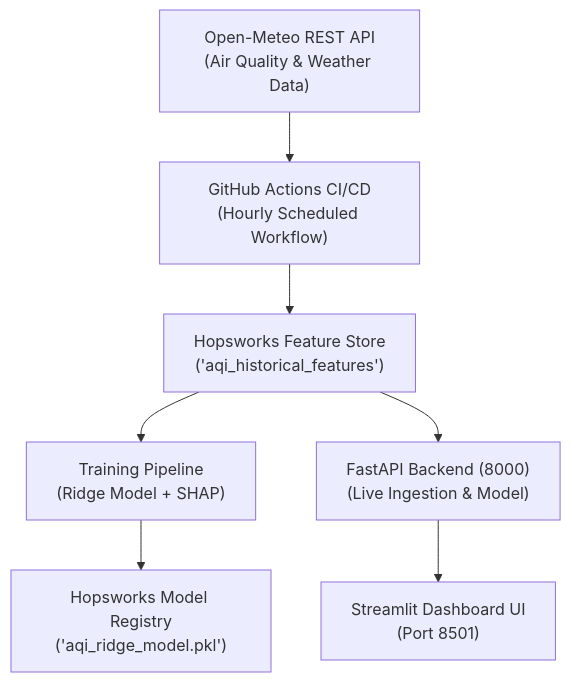
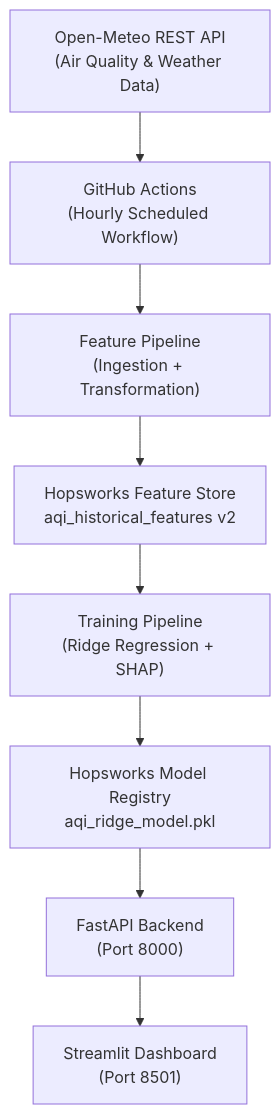
The diagram in README.md (HuzaifaRizwan-GH/Pearls_AQI_Predictor), drawn with Mermaid before and after one commit. The commit also changed other lines of this file, not shown here.

````diff
--- a/README.md
+++ b/README.md
@@ -34,11 +149,16 @@
 ```mermaid
 graph TD
-    API["Open-Meteo REST API<br/>(Air Quality & Weather Data)"] --> GHA["GitHub Actions CI/CD<br/>(Hourly Scheduled Workflow)"]
-    GHA --> FS["Hopsworks Feature Store<br/>('aqi_historical_features')"]
-    
-    FS --> TP["Training Pipeline<br/>(Ridge Model + SHAP)"]
-    FS --> API_B["FastAPI Backend (8000)<br/>(Live Ingestion & Model)"]
-    
-    TP --> MR["Hopsworks Model Registry<br/>('aqi_ridge_model.pkl')"]
-    API_B --> UI["Streamlit Dashboard UI<br/>(Port 8501)"]
+    API["Open-Meteo REST API<br/>(Air Quality & Weather Data)"] --> GHA["GitHub Actions<br/>(Hourly Scheduled Workflow)"]
+
+    GHA --> FP["Feature Pipeline<br/>(Ingestion + Transformation)"]
+
+    FP --> FS["Hopsworks Feature Store<br/>aqi_historical_features v2"]
+
+    FS --> TP["Training Pipeline<br/>(Ridge Regression + SHAP)"]
+
+    TP --> MR["Hopsworks Model Registry<br/>aqi_ridge_model.pkl"]
+
+    MR --> API_B["FastAPI Backend<br/>(Port 8000)"]
+
+    API_B --> UI["Streamlit Dashboard<br/>(Port 8501)"]
 ```
````
